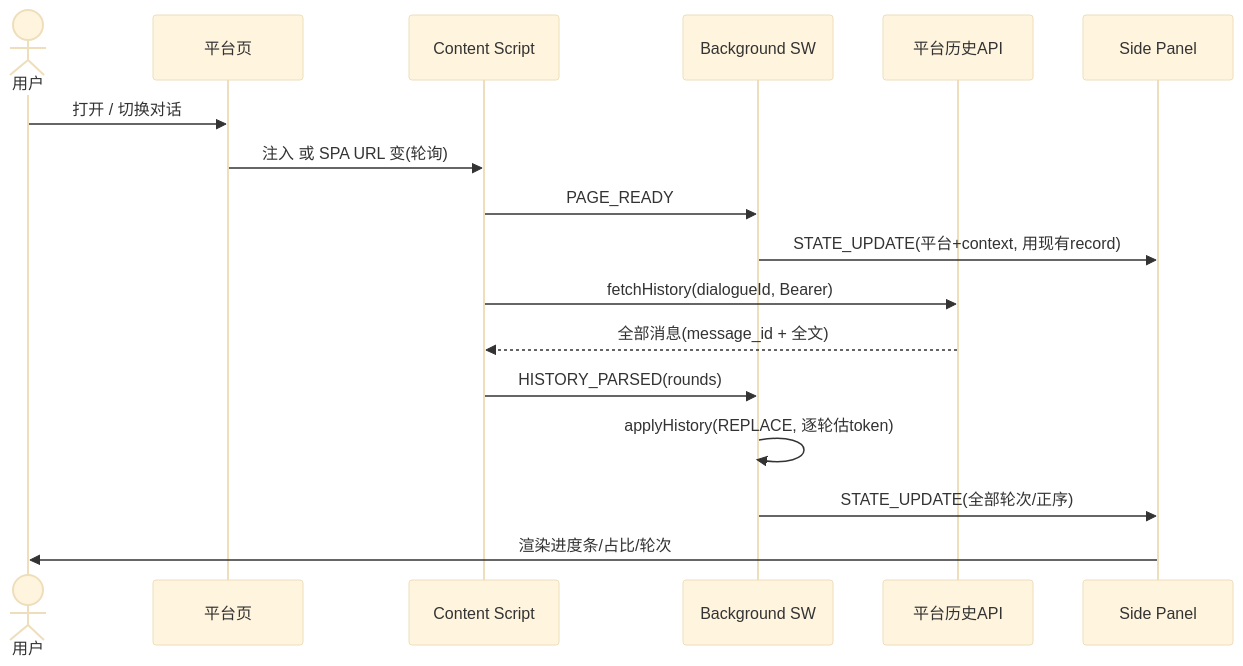
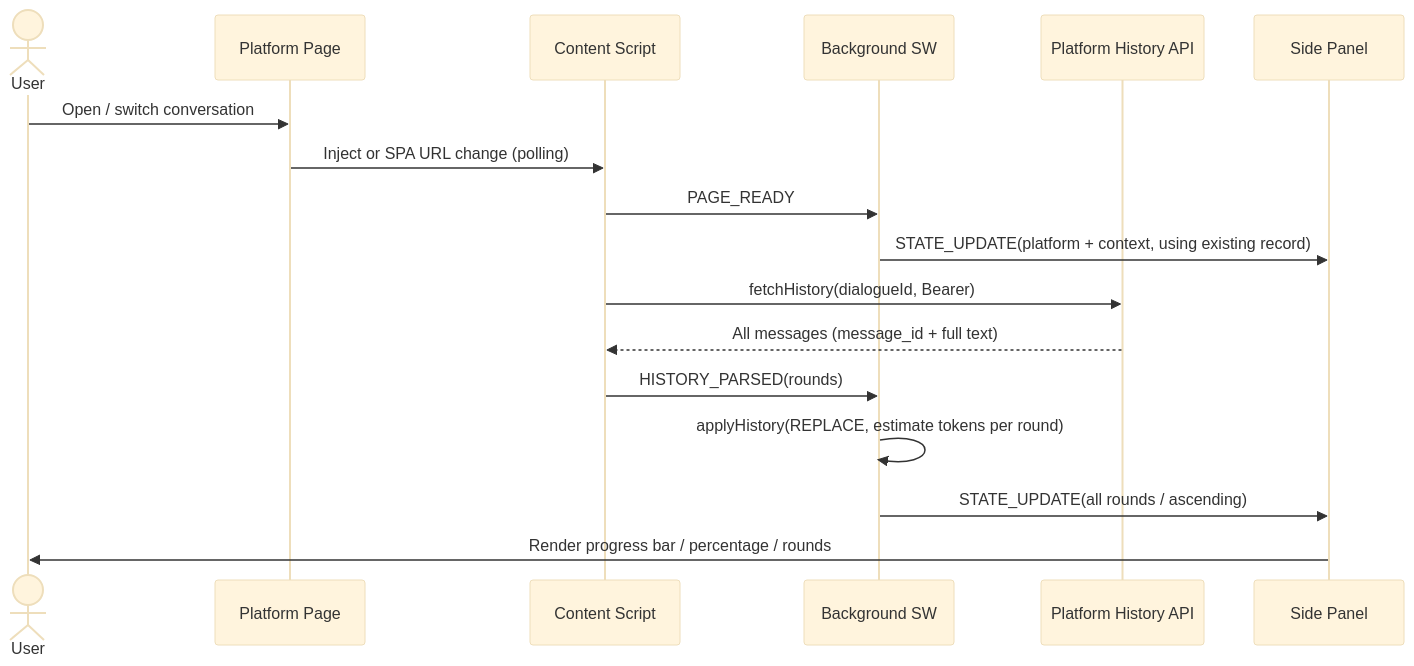
Before and after one commit to ZM-BAD/headroom: the fourth of 6 diagrams in specs/001-headroom-core.md, drawn with Mermaid (base theme). The commit also changed other lines of this file and 6 other files, not shown here.

````diff
--- a/specs/001-headroom-core.md
+++ b/specs/001-headroom-core.md
@@ -262,19 +266,19 @@
 ```mermaid
 sequenceDiagram
-    actor U as 用户
-    participant P as 平台页
+    actor U as User
+    participant P as Platform Page
     participant C as Content Script
     participant B as Background SW
-    participant H as 平台历史API
+    participant H as Platform History API
     participant S as Side Panel
-    U->>P: 打开 / 切换对话
-    P->>C: 注入 或 SPA URL 变(轮询)
+    U->>P: Open / switch conversation
+    P->>C: Inject or SPA URL change (polling)
     C->>B: PAGE_READY
-    B->>S: STATE_UPDATE(平台+context, 用现有record)
+    B->>S: STATE_UPDATE(platform + context, using existing record)
     C->>H: fetchHistory(dialogueId, Bearer)
-    H-->>C: 全部消息(message_id + 全文)
+    H-->>C: All messages (message_id + full text)
     C->>B: HISTORY_PARSED(rounds)
-    B->>B: applyHistory(REPLACE, 逐轮估token)
-    B->>S: STATE_UPDATE(全部轮次/正序)
-    S->>U: 渲染进度条/占比/轮次
+    B->>B: applyHistory(REPLACE, estimate tokens per round)
+    B->>S: STATE_UPDATE(all rounds / ascending)
+    S->>U: Render progress bar / percentage / rounds
 ```
````
